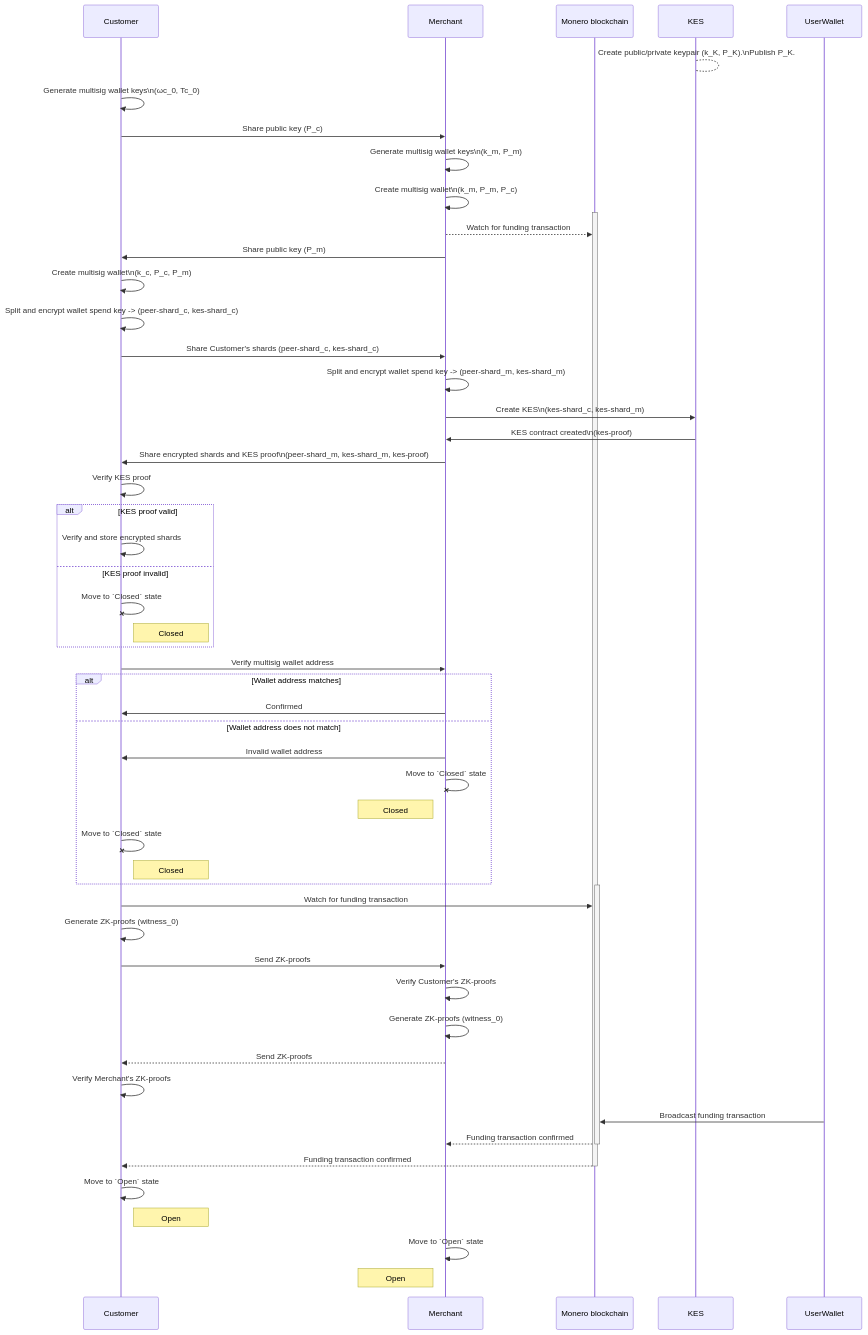
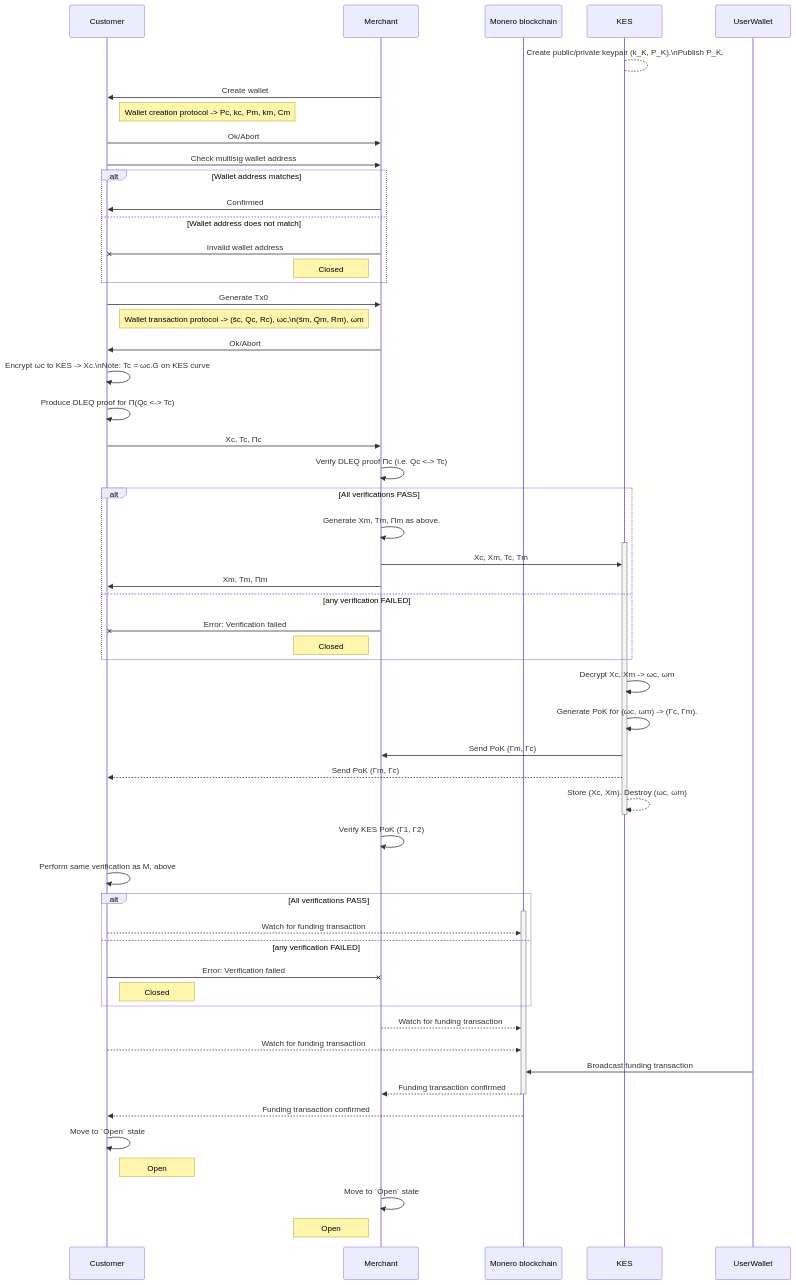
One commit to grease-xmr/grease changed the diagram in docs/diagrams/establish_channel_sequence.md. Above: the diagram before and after it, drawn with Mermaid. The commit also changed 65 other files, not shown here.

````diff
--- a/docs/diagrams/establish_channel_sequence.md
+++ b/docs/diagrams/establish_channel_sequence.md
@@ -1,62 +1,70 @@
 ```mermaid
 sequenceDiagram
     participant C as Customer
     participant M as Merchant
     participant L1 as Monero blockchain
     participant KES as KES
 
     KES-->KES: Create public/private keypair (k_K, P_K).\nPublish P_K.
-    C->>C: Generate multisig wallet keys\n(ωc_0, Tc_0)
-    C->>M: Share public key (P_c)
-    M->>M: Generate multisig wallet keys\n(k_m, P_m)
-    M->>M: Create multisig wallet\n(k_m, P_m, P_c)
-    activate L1
-    M-->>L1: Watch for funding transaction
-    M->>C: Share public key (P_m)
-    C->>C: Create multisig wallet\n(k_c, P_c, P_m)
-    C->>C: Split and encrypt wallet spend key -> (peer-shard_c, kes-shard_c)
-    C->>M: Share Customer's shards (peer-shard_c, kes-shard_c)
-    M->>M: Split and encrypt wallet spend key -> (peer-shard_m, kes-shard_m)
-    M->>KES: Create KES\n(kes-shard_c, kes-shard_m)
-    KES->>M: KES contract created\n(kes-proof)
-    M->>C: Share encrypted shards and KES proof\n(peer-shard_m, kes-shard_m, kes-proof)
-    C->>C: Verify KES proof
-    alt KES proof valid
-        C->>C: Verify and store encrypted shards
-    else KES proof invalid
-        C-xC: Move to `Closed` state
-        note right of C: Closed
-    end
-    C->>M: Verify multisig wallet address
+    M->>C: Create wallet
+    note right of C: Wallet creation protocol -> Pc, kc, Pm, km, Cm
+    C->>M: Ok/Abort
+
+    C->>M: Check multisig wallet address
     alt Wallet address matches
         M->>C: Confirmed
     else Wallet address does not match
-        M->>C: Invalid wallet address
-        M-xM: Move to `Closed` state
+        M-xC: Invalid wallet address
         note left of M: Closed
-        C-xC: Move to `Closed` state
+    end
+
+    C->>M: Generate Tx0
+    note right of C: Wallet transaction protocol -> (ŝc, Qc, Rc), ωc,\n(ŝm, Qm, Rm), ωm
+    M->>C: Ok/Abort
+
+    C->>C: Encrypt ωc to KES -> Xc.\nNote: Tc = ωc.G on KES curve
+    C->>C: Produce DLEQ proof for Π(Qc <-> Tc) 
+    C->>M: Χc, Tc, Πc
+    
+    M->>M: Verify DLEQ proof Πc (i.e. Qc <-> Tc)
+    alt All verifications PASS
+        M->>M: Generate Χm, Tm, Πm as above.
+        activate KES
+        M->>KES: Xc, Xm, Tc, Tm
+        M->>C: Xm, Tm, Πm
+    else any verification FAILED
+        M-xC: Error: Verification failed
+        note left of M: Closed
+    end
+    
+    KES->>KES: Decrypt Xc, Xm -> ωc, ωm
+    KES->>KES: Generate PoK for (ωc, ωm) -> (Γc, Γm).
+    KES->>M: Send PoK (Γm, Γc)
+    KES-->>C: Send PoK (Γm, Γc)
+    KES-->>KES: Store (Xc, Xm). Destroy (ωc, ωm)
+    deactivate KES
+    
+    M->>M: Verify KES PoK (Γ1, Γ2)
+        C->>C: Perform same verification as M, above
+
+    alt All verifications PASS
+        activate L1
+        C-->>L1: Watch for funding transaction
+    else any verification FAILED
+        C-xM: Error: Verification failed
         note right of C: Closed
     end
-    activate L1
-    C->>L1: Watch for funding transaction
 
-    C->>C: Generate ZK-proofs (witness_0)
-    C->>M: Send ZK-proofs
-    M->>M: Verify Customer's ZK-proofs
-    M->>M: Generate ZK-proofs (witness_0)
-    M-->>C: Send ZK-proofs
-    C->>C: Verify Merchant's ZK-proofs
-    
+    M-->>L1: Watch for funding transaction
+    C-->>L1: Watch for funding transaction
+   
     
     UserWallet->>L1: Broadcast funding transaction
     L1-->>M: Funding transaction confirmed
     deactivate L1
     L1-->>C: Funding transaction confirmed
-    deactivate L1
     C->>C: Move to `Open` state
     note right of C: Open
     M->>M: Move to `Open` state
     note left of M: Open
-    
-    
 ```
````
